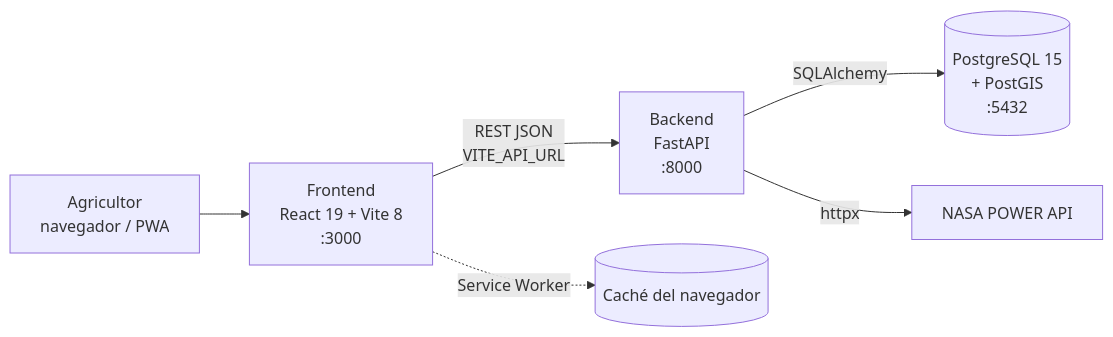
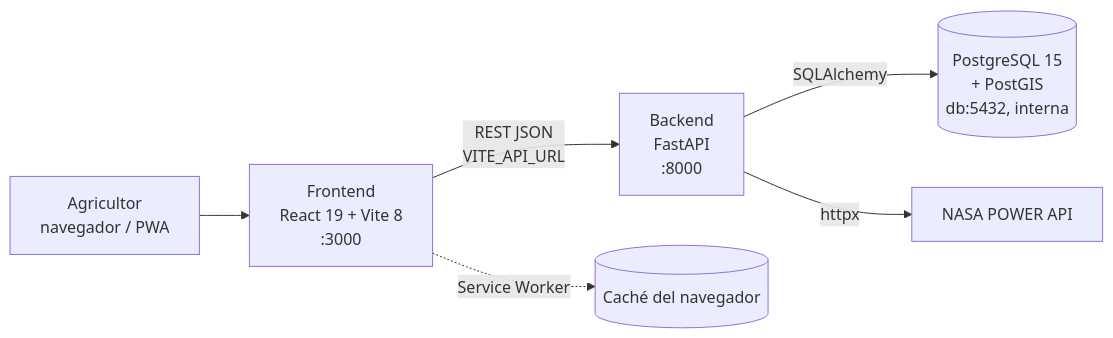
Before and after one commit to Maurongas/AgroBytes: the first of 3 diagrams in docs/ARQUITECTURA.md, drawn with Mermaid. The commit also changed other lines of this file and 17 other files, not shown here.

````diff
--- a/docs/ARQUITECTURA.md
+++ b/docs/ARQUITECTURA.md
@@ -43,8 +43,8 @@
 ```mermaid
 flowchart LR
     U[Agricultor<br/>navegador / PWA] --> FE[Frontend<br/>React 19 + Vite 8<br/>:3000]
     FE -->|REST JSON<br/>VITE_API_URL| BE[Backend<br/>FastAPI<br/>:8000]
-    BE -->|SQLAlchemy| DB[(PostgreSQL 15<br/>+ PostGIS<br/>:5432)]
+    BE -->|SQLAlchemy| DB[(PostgreSQL 15<br/>+ PostGIS<br/>db:5432, interna)]
     BE -->|httpx| NASA[NASA POWER API]
     FE -.->|Service Worker| SW[(Caché del navegador)]
 ```
````
